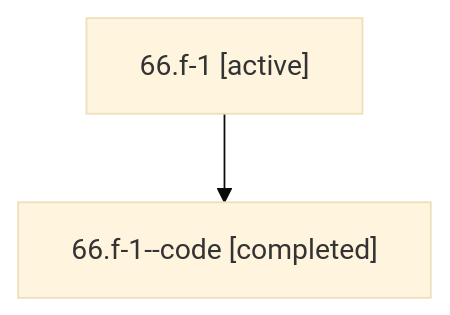
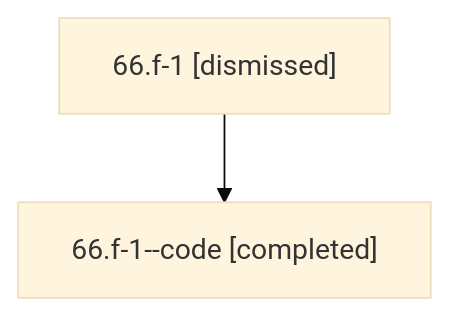
One commit to bobs-org/bob-cli--agents changed the diagram in sessions/bbugyi200.athena.66.f-1.md. Above: the diagram before and after it, drawn with Mermaid (base theme). The commit also changed other lines of this file and 22 other files, not shown here.

````diff
--- a/sessions/bbugyi200.athena.66.f-1.md
+++ b/sessions/bbugyi200.athena.66.f-1.md
@@ -9,6 +9,6 @@
 ```mermaid
 flowchart TD
-  n0["66.f-1 [active]"]
+  n0["66.f-1 [dismissed]"]
   n1["66.f-1--code [completed]"]
   n0 --> n1
 ```
````
